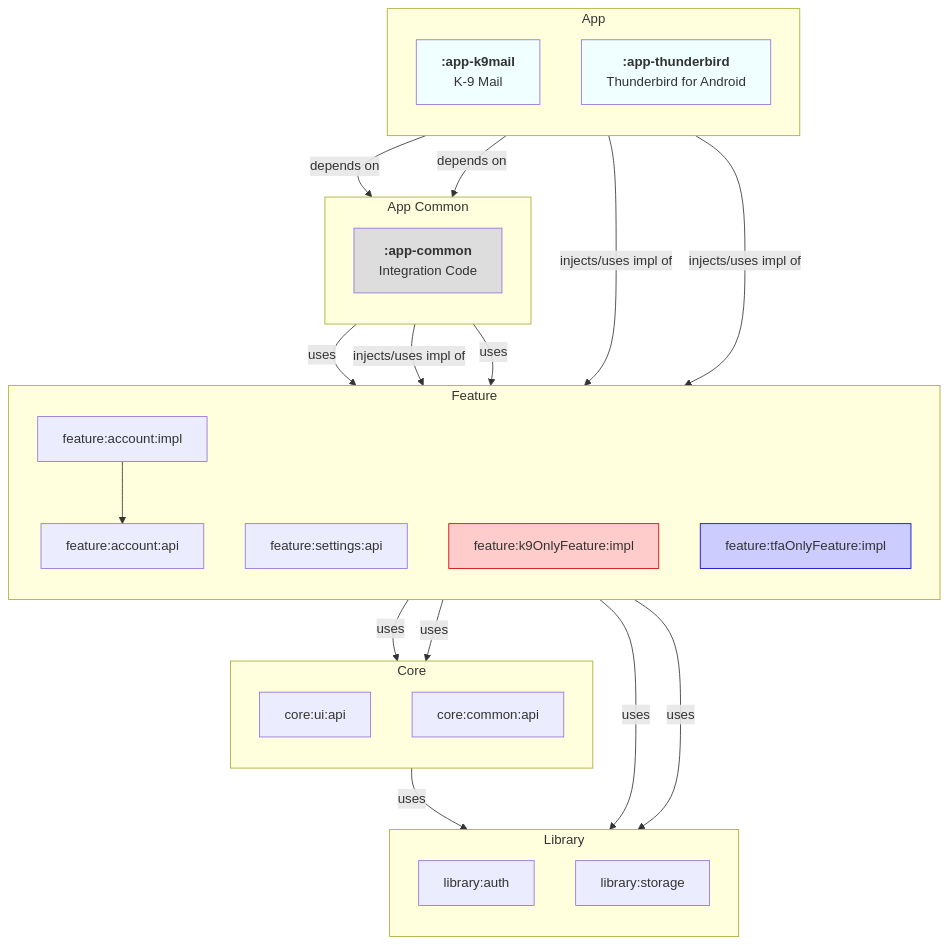
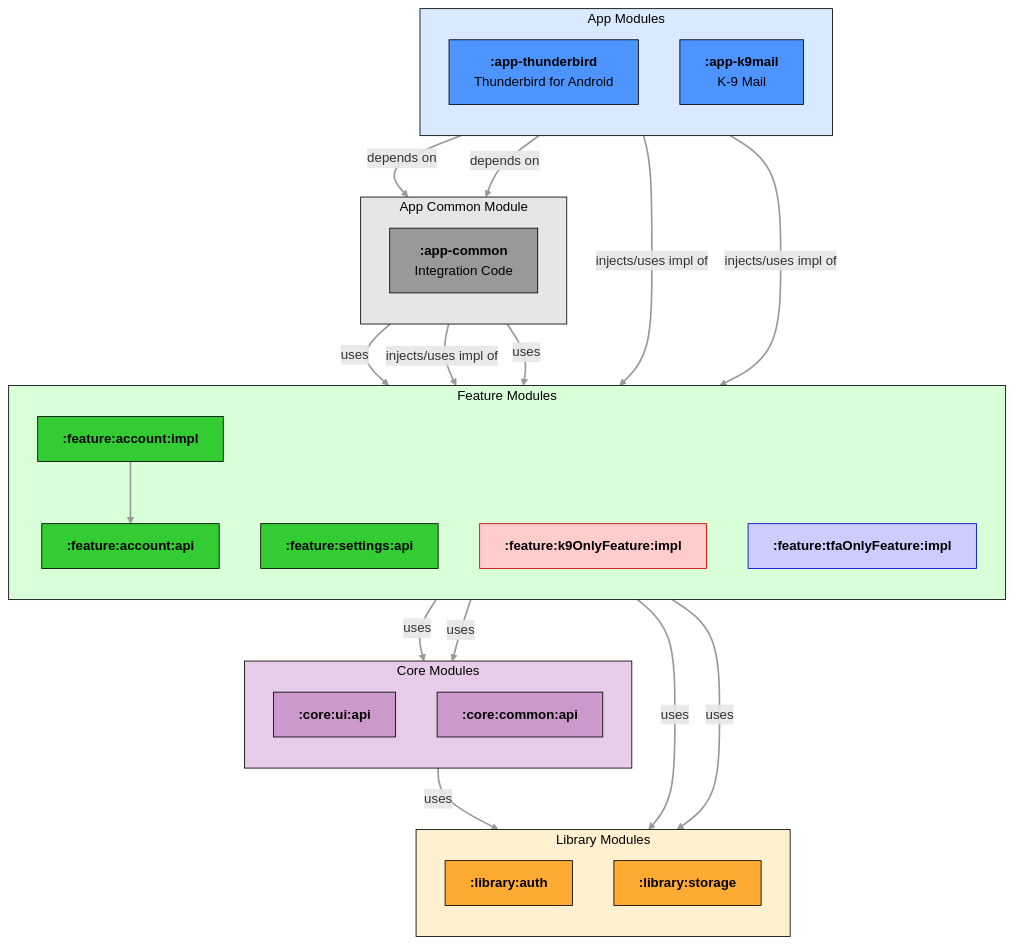
The second of 2 diagrams in docs/architecture/module-organization.md (thunderbird/thunderbird-android), drawn with Mermaid before and after one commit. The commit also changed other lines of this file and 5 other files, not shown here.

Commit message:
docs(architecture): improve diagram colors and unified styling and naming

````diff
--- a/docs/architecture/module-organization.md
+++ b/docs/architecture/module-organization.md
@@ -216,60 +231,79 @@
 ```mermaid
 graph TB
-    subgraph APP[App]
+    subgraph APP[App Modules]
         direction TB
+        APP_TB["`**:app-thunderbird**<br>Thunderbird for Android`"]
         APP_K9["`**:app-k9mail**<br>K-9 Mail`"]
-        APP_TB["`**:app-thunderbird**<br>Thunderbird for Android`"]
     end
 
-    subgraph COMMON[App Common]
+    subgraph COMMON[App Common Module]
         direction TB
-        APP_COMMON["`**:app-common**<br>Integration Code`"]
+        COMMON_APP["`**:app-common**<br>Integration Code`"]
     end
 
-    subgraph FEATURE[Feature]
+    subgraph FEATURE[Feature Modules]
         direction TB
-        FEATURE_ACCOUNT_API[feature:account:api]
-        FEATURE_ACCOUNT_IMPL[feature:account:impl]
-        FEATURE_SETTINGS_API[feature:settings:api]
-        FEATURE_SETTINGS_API[feature:settings:api]
-        FEATURE_K9[feature:k9OnlyFeature:impl]
-        FEATURE_TB[feature:tfaOnlyFeature:impl]
+        FEATURE_ACCOUNT_API["`**:feature:account:api**`"]
+        FEATURE_ACCOUNT_IMPL["`**:feature:account:impl**`"]
+        FEATURE_SETTINGS_API["`**:feature:settings:api**`"]
+        FEATURE_K9["`**:feature:k9OnlyFeature:impl**`"]
+        FEATURE_TB["`**:feature:tfaOnlyFeature:impl**`"]
     end
 
-    subgraph CORE[Core]
+    subgraph CORE[Core Modules]
         direction TB
-        CORE_UI_API[core:ui:api]
-        CORE_COMMON_API[core:common:api]
+        CORE_UI_API["`**:core:ui:api**`"]
+        CORE_COMMON_API["`**:core:common:api**`"]
     end
 
-    subgraph LIBRARY[Library]
+    subgraph LIBRARY[Library Modules]
         direction TB
-        LIB_AUTH[library:auth]
-        LIB_STORAGE[library:storage]
+        LIB_AUTH["`**:library:auth**`"]
+        LIB_STORAGE["`**:library:storage**`"]
     end
 
-    APP_K9 --> |depends on| APP_COMMON
-    APP_TB --> |depends on| APP_COMMON
-    APP_COMMON --> |uses| FEATURE_ACCOUNT_API
-    APP_COMMON --> |injects/uses impl of| FEATURE_ACCOUNT_IMPL
+    APP_K9 --> |depends on| COMMON_APP
+    APP_TB --> |depends on| COMMON_APP
+    COMMON_APP --> |uses| FEATURE_ACCOUNT_API
+    COMMON_APP --> |injects/uses impl of| FEATURE_ACCOUNT_IMPL
     FEATURE_ACCOUNT_IMPL --> FEATURE_ACCOUNT_API
-    APP_COMMON --> |uses| FEATURE_SETTINGS_API
+    COMMON_APP --> |uses| FEATURE_SETTINGS_API
     APP_K9 --> |injects/uses impl of| FEATURE_K9
     APP_TB --> |injects/uses impl of| FEATURE_TB
     FEATURE_ACCOUNT_API --> |uses| CORE_UI_API
     FEATURE_SETTINGS_API --> |uses| CORE_COMMON_API
     FEATURE_TB --> |uses| LIB_AUTH
     FEATURE_K9 --> |uses| LIB_STORAGE
     CORE_COMMON_API --> |uses| LIB_STORAGE
 
-    classDef module fill:yellow
-    classDef app fill:azure
-    classDef app_common fill:#ddd
-    classDef featureK9 fill:#ffcccc,stroke:#cc0000
-    classDef featureTB fill:#ccccff,stroke:#0000cc
-    class APP_K9 app
-    class APP_TB app
-    class APP_COMMON app_common
+    classDef app fill:#d9e9ff,stroke:#000000,color:#000000
+    classDef app_module fill:#4d94ff,stroke:#000000,color:#000000
+    classDef common fill:#e6e6e6,stroke:#000000,color:#000000
+    classDef common_module fill:#999999,stroke:#000000,color:#000000
+    classDef feature fill:#d9ffd9,stroke:#000000,color:#000000
+    classDef feature_module fill:#33cc33,stroke:#000000,color:#000000
+    classDef core fill:#e6cce6,stroke:#000000,color:#000000
+    classDef core_module fill:#cc99cc,stroke:#000000,color:#000000
+    classDef library fill:#fff0d0,stroke:#000000,color:#000000
+    classDef library_module fill:#ffaa33,stroke:#000000,color:#000000
+    classDef legacy fill:#ffe6e6,stroke:#000000,color:#000000
+    classDef legacy_module fill:#ff9999,stroke:#000000,color:#000000
+
+    linkStyle default stroke:#999,stroke-width:2px
+
+    class APP app
+    class APP_TB,APP_K9 app_module
+    class COMMON common
+    class COMMON_APP common_module
+    class FEATURE feature
+    class FEATURE_ACCOUNT_API,FEATURE_ACCOUNT_IMPL,FEATURE_SETTINGS_API,FEATURE_MAIL feature_module
+    class CORE core
+    class CORE_UI_API,CORE_COMMON_API core_module
+    class LIBRARY library
+    class LIB_AUTH,LIB_STORAGE library_module
+
+    classDef featureK9 fill:#ffcccc,stroke:#cc0000,color:#000000
+    classDef featureTB fill:#ccccff,stroke:#0000cc,color:#000000
     class FEATURE_K9 featureK9
     class FEATURE_TB featureTB
 ```
````
